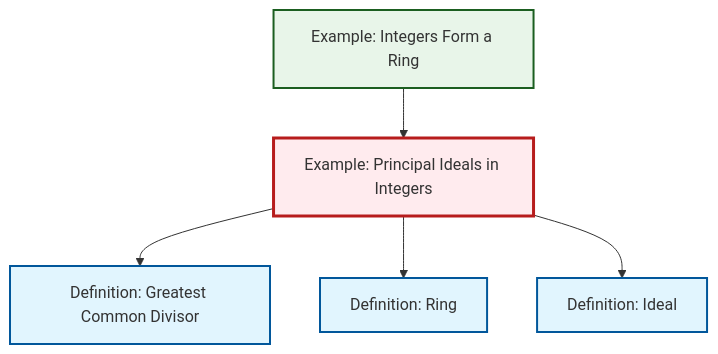
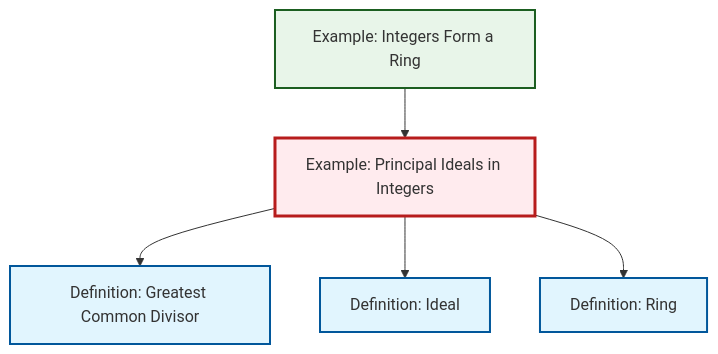
The diagram in content/ja/algebra/ex-principal-ideal.qmd (RK0429/ModernMath), drawn with Mermaid before and after one commit. The commit also changed other lines of this file and 581 other files, not shown here.

````diff
--- a/content/ja/algebra/ex-principal-ideal.qmd
+++ b/content/ja/algebra/ex-principal-ideal.qmd
@@ -64,23 +64,23 @@
 ```{mermaid}
 %%| fig-cap: "Local dependency graph"
 graph TD
     classDef definition fill:#e1f5fe,stroke:#01579b,stroke-width:2px
     classDef theorem fill:#f3e5f5,stroke:#4a148c,stroke-width:2px
     classDef axiom fill:#fff3e0,stroke:#e65100,stroke-width:2px
     classDef example fill:#e8f5e9,stroke:#1b5e20,stroke-width:2px
     classDef current fill:#ffebee,stroke:#b71c1c,stroke-width:3px
-    ex-principal-ideal["Example: Principal Ideals in Integers"]:::example
     def-ring["Definition: Ring"]:::definition
     def-ideal["Definition: Ideal"]:::definition
+    ex-principal-ideal["Example: Principal Ideals in Integers"]:::example
+    def-gcd["Definition: Greatest Common Divisor"]:::definition
     ex-integers-ring["Example: Integers Form a Ring"]:::example
-    def-gcd["Definition: Greatest Common Divisor"]:::definition
     ex-principal-ideal --> def-gcd
-    ex-principal-ideal --> def-ring
     ex-integers-ring --> ex-principal-ideal
     ex-principal-ideal --> def-ideal
+    ex-principal-ideal --> def-ring
     class ex-principal-ideal current
     click def-ring "def-ring.html" "Definition: Ringへ"
     click def-ideal "def-ideal.html" "Definition: Idealへ"
+    click def-gcd "def-gcd.html" "Definition: Greatest Common Divisorへ"
     click ex-integers-ring "ex-integers-ring.html" "Example: Integers Form a Ringへ"
-    click def-gcd "def-gcd.html" "Definition: Greatest Common Divisorへ"
 ```
````
